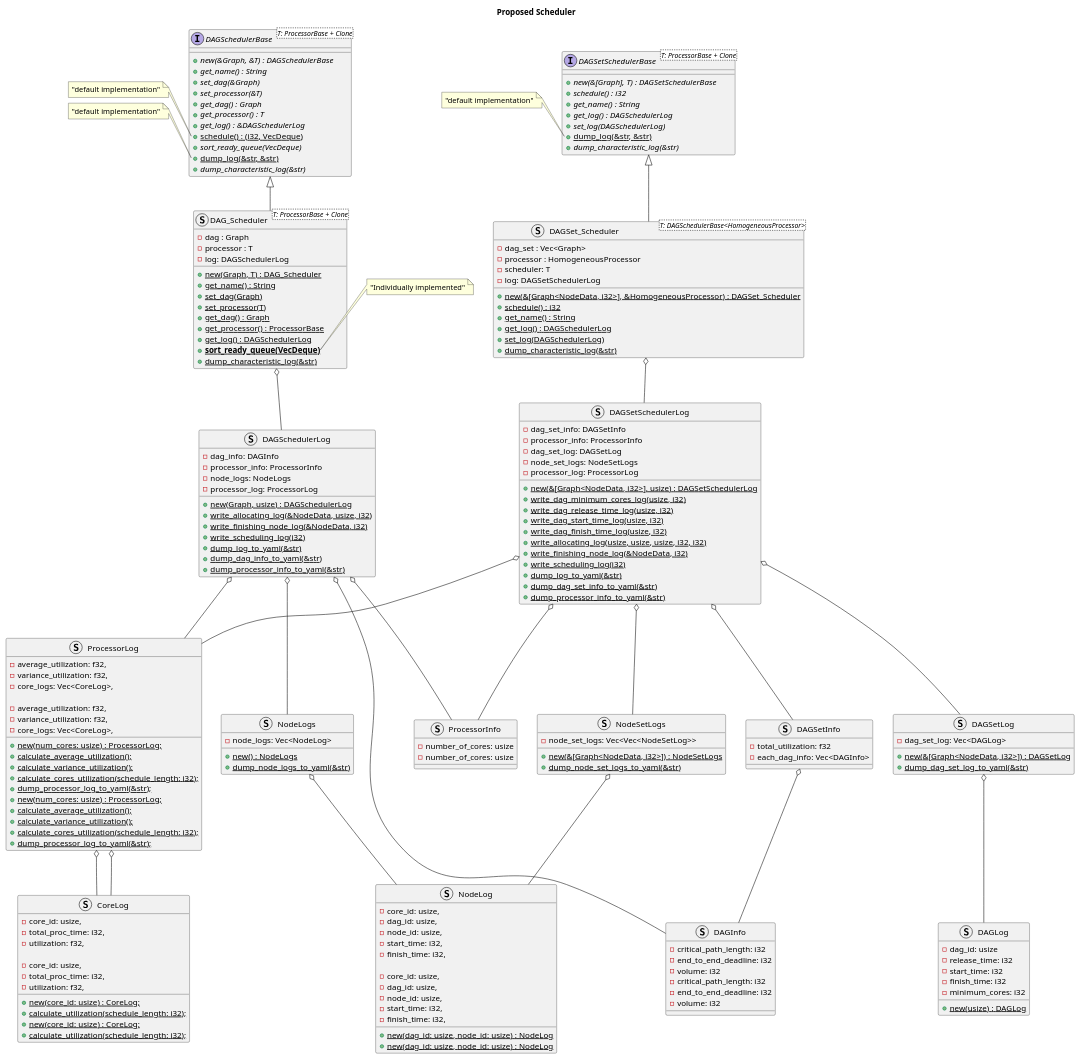
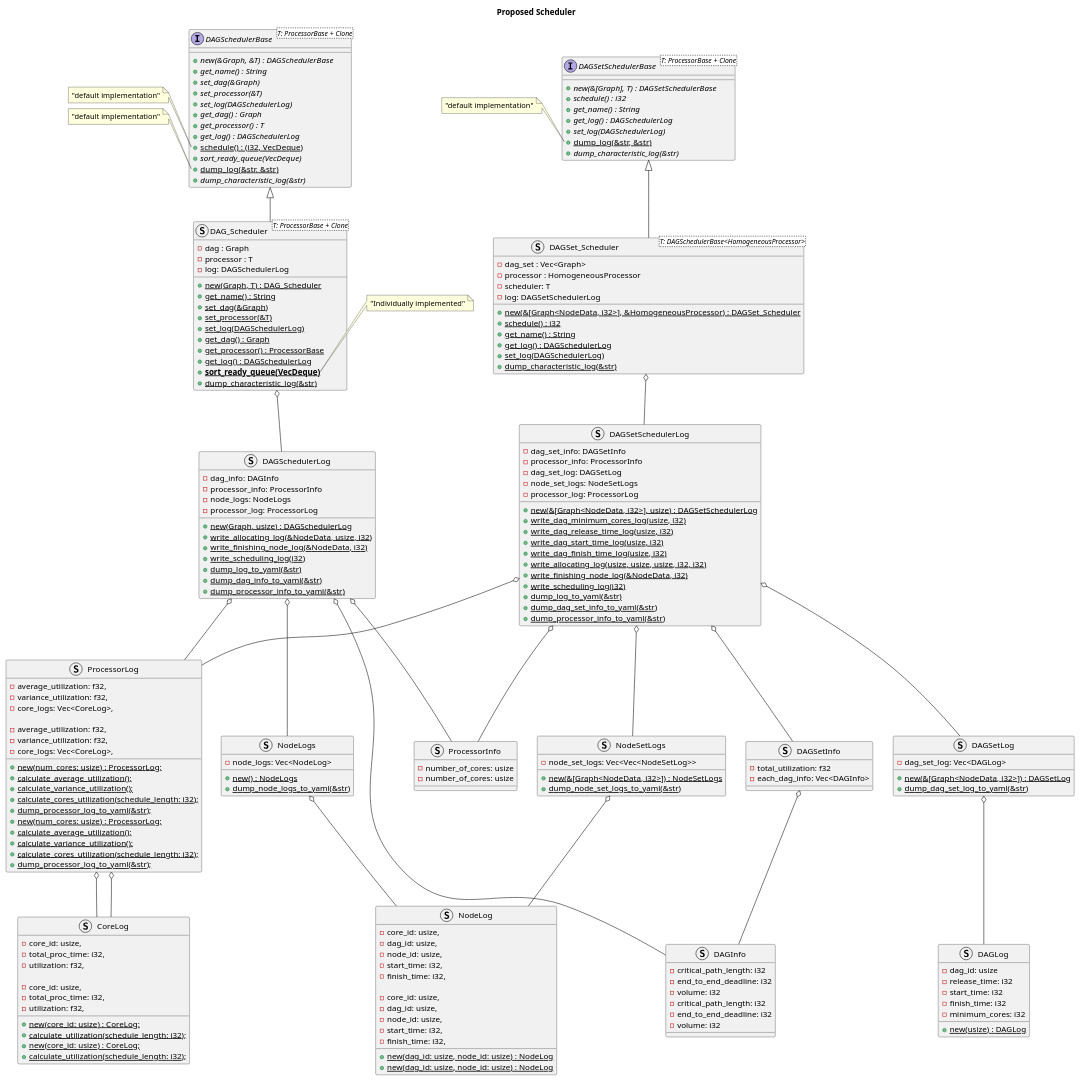
One commit to emb4-team/sched_sim_rust changed the diagram in UML/overall.pu. Above: the diagram before and after it, drawn with PlantUML. The commit also changed 4 other files, not shown here.

```diff
--- a/UML/overall.pu
+++ b/UML/overall.pu
@@ -6,9 +6,10 @@
         + {abstract} get_name() : String
         + {abstract} set_dag(&Graph)
         + {abstract} set_processor(&T)
+        + {abstract} set_log(DAGSchedulerLog)
         + {abstract} get_dag() : Graph
         + {abstract} get_processor() : T
-        + {abstract} get_log() : &DAGSchedulerLog
+        + {abstract} get_log() : DAGSchedulerLog
         + {static} schedule() : (i32, VecDeque)
         + {abstract} sort_ready_queue(VecDeque)
         + {static} dump_log(&str, &str)
@@ -54,8 +55,9 @@
         - log: DAGSchedulerLog
         + {static} new(Graph, T) : DAG_Scheduler
         + {static} get_name() : String
-        + {static} set_dag(Graph)
-        + {static} set_processor(T)
+        + {static} set_dag(&Graph)
+        + {static} set_processor(&T)
+        + {static} set_log(DAGSchedulerLog)
         + {static} get_dag() : Graph
         + {static} get_processor() : ProcessorBase
         + {static} get_log() : DAGSchedulerLog
```
